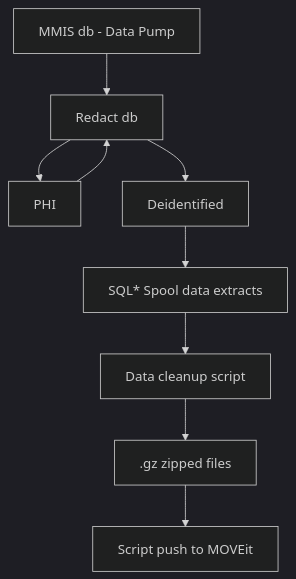
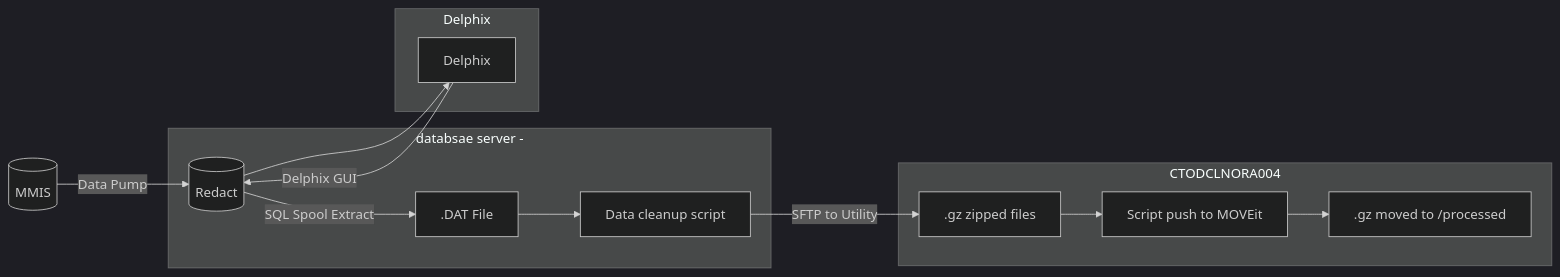
The third of 4 diagrams in README.md (Gainwell-MDonnelly/ct-genius), drawn with Mermaid (dark theme) before and after one commit. The commit also changed other lines of this file, not shown here.

Commit message:
updated process graph and added bash scirpts

````diff
--- a/README.md
+++ b/README.md
@@ -33,12 +33,17 @@
 ```mermaid
-flowchart TD
-A[MMIS db - Data Pump] --> B[Redact db]
-B[Redact db] --> C[PHI]
- C[PHI] --> B[Redact db]
-B[Redact db] --> I[Deidentified] 
-I[Deidentified] --> E[SQL* Spool data extracts]
-E[SQL* Spool data extracts] --> S[Data cleanup script]
-
-S[Data cleanup script]--> F[.gz zipped files]
+flowchart LR
+A[(MMIS)] -->|Data Pump| B[(Redact)]
+subgraph databsae server - 
+B[(Redact)]--> |SQL Spool Extract| I[DAT File]
+I[.DAT File] -->  S[Data cleanup script]
+ end
+ B[(Redact)] -->   Z[Delphix]
+ subgraph Delphix
+ Z[Delphix] --> |Delphix GUI| B[(Redact)]
+ end
+subgraph CTODCLNORA004
+S[Data cleanup script]--> |SFTP to Utility| F[.gz zipped files]
 F[.gz zipped files] --> G[Script push to MOVEit]
+G[Script push to MOVEit] --> H[.gz moved to /processed]
+end
 ```
````
